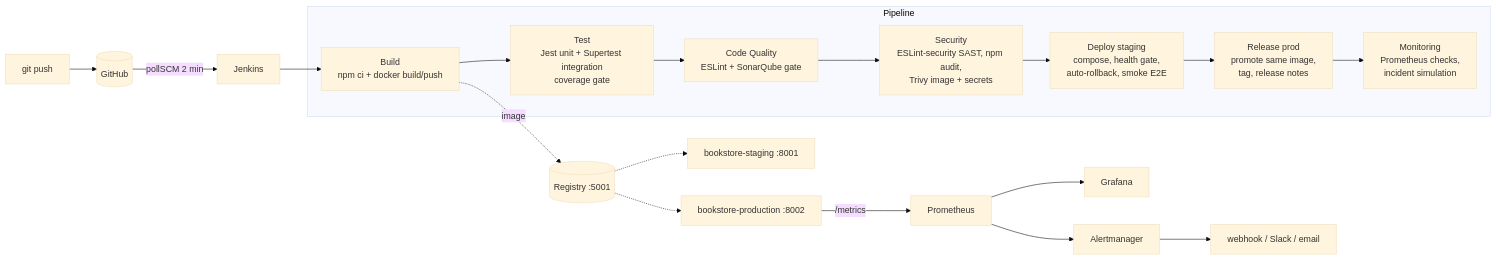
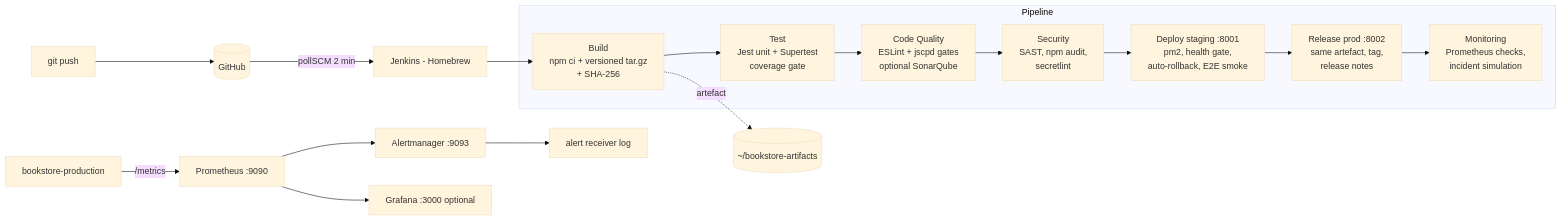
One commit to thuythanhdeakin/online-bookstore changed the diagram in README.md. Above: the diagram before and after it, drawn with Mermaid (base theme). The commit also changed other lines of this file and 14 other files, not shown here.

Commit message:
ci: run pipeline without Docker - tar.gz artefact, pm2 deploy with auto-rollback, jscpd + secretlint gates, local Prometheus/Alertmanager

````diff
--- a/README.md
+++ b/README.md
@@ -10,19 +10,17 @@
 ```mermaid
 flowchart LR
   dev[git push] --> gh[(GitHub)]
-  gh -- pollSCM 2 min --> J[Jenkins]
+  gh -- pollSCM 2 min --> J[Jenkins - Homebrew]
   subgraph Pipeline
-    B[Build<br/>npm ci + docker build/push] --> T[Test<br/>Jest unit + Supertest integration<br/>coverage gate]
-    T --> Q[Code Quality<br/>ESLint + SonarQube gate]
-    Q --> S[Security<br/>ESLint-security SAST, npm audit,<br/>Trivy image + secrets]
-    S --> D[Deploy staging<br/>compose, health gate,<br/>auto-rollback, smoke E2E]
-    D --> R[Release prod<br/>promote same image,<br/>tag, release notes]
+    B[Build<br/>npm ci + versioned tar.gz<br/>+ SHA-256] --> T[Test<br/>Jest unit + Supertest<br/>coverage gate]
+    T --> Q[Code Quality<br/>ESLint + jscpd gates<br/>optional SonarQube]
+    Q --> S[Security<br/>SAST, npm audit,<br/>secretlint]
+    S --> D[Deploy staging :8001<br/>pm2, health gate,<br/>auto-rollback, E2E smoke]
+    D --> R[Release prod :8002<br/>same artefact, tag,<br/>release notes]
     R --> M[Monitoring<br/>Prometheus checks,<br/>incident simulation]
   end
   J --> B
-  B -.image.-> REG[(Registry :5001)]
-  REG -.-> STG[bookstore-staging :8001]
-  REG -.-> PRD[bookstore-production :8002]
-  PRD -- /metrics --> P[Prometheus] --> AM[Alertmanager] --> RCV[webhook / Slack / email]
-  P --> G[Grafana]
+  B -.artefact.-> STORE[(~/bookstore-artifacts)]
+  PRD[bookstore-production] -- /metrics --> P[Prometheus :9090] --> AM[Alertmanager :9093] --> RCV[alert receiver log]
+  P --> G[Grafana :3000 optional]
 ```
````
